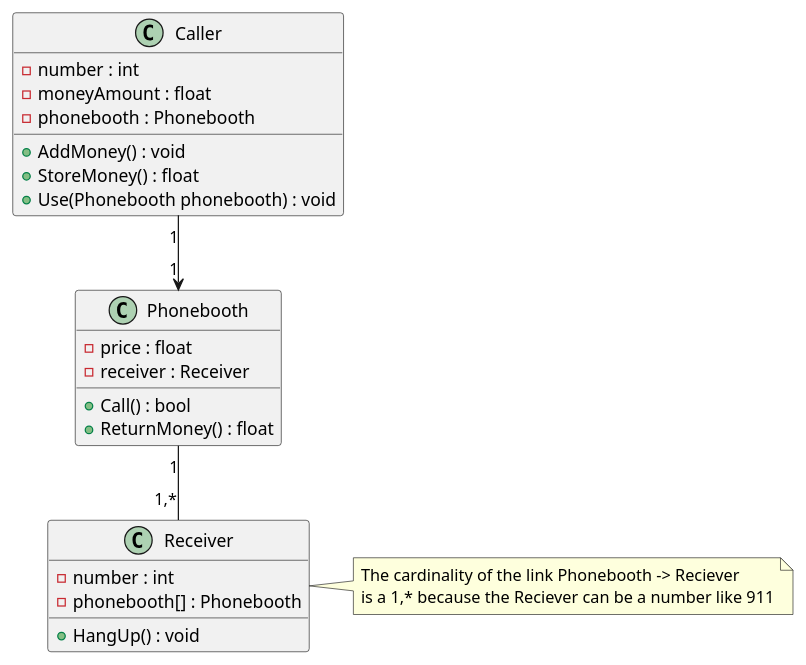
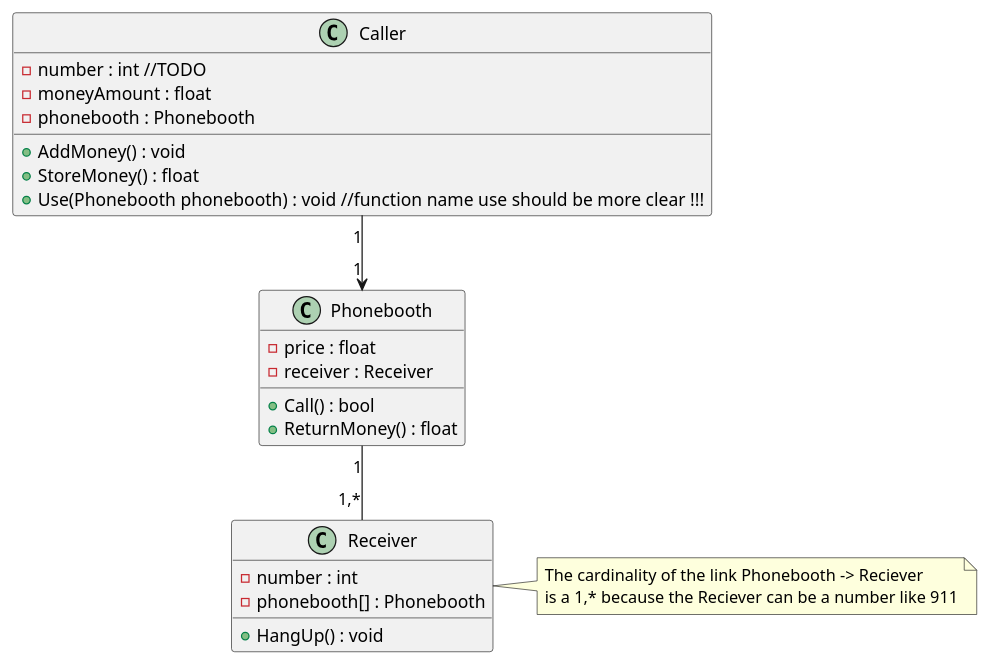
One commit to CPNV-ES/UML1-BJV changed the diagram in documentation/ClassDiagram-publiphone.puml. Above: the diagram before and after it, drawn with PlantUML. The commit also changed 5 other files, not shown here.

Commit message:
feat:update architecture

```diff
--- a/documentation/ClassDiagram-publiphone.puml
+++ b/documentation/ClassDiagram-publiphone.puml
@@ -1,33 +1,33 @@
 @startuml
 skinparam classAttributeIconSize 11
 class Caller {
-    - number : int
+    - number : int //TODO 
     - moneyAmount : float
     - phonebooth : Phonebooth
     + AddMoney() : void
     + StoreMoney() : float
-    + Use(Phonebooth phonebooth) : void
+    + Use(Phonebooth phonebooth) : void //function name use should be more clear !!!
 
 }
 class Phonebooth {
     - price : float
     - receiver : Receiver
     + Call() : bool
     + ReturnMoney() : float
 }
 
 class Receiver {
     - number : int
     - phonebooth[] : Phonebooth
     + HangUp() : void
 }
 
 Caller "1" --> "1" Phonebooth
 Phonebooth "1" -- "1,*" Receiver
 
 note right of Receiver
   The cardinality of the link Phonebooth -> Reciever
   is a 1,* because the Reciever can be a number like 911
 end note
 
 @enduml
```
